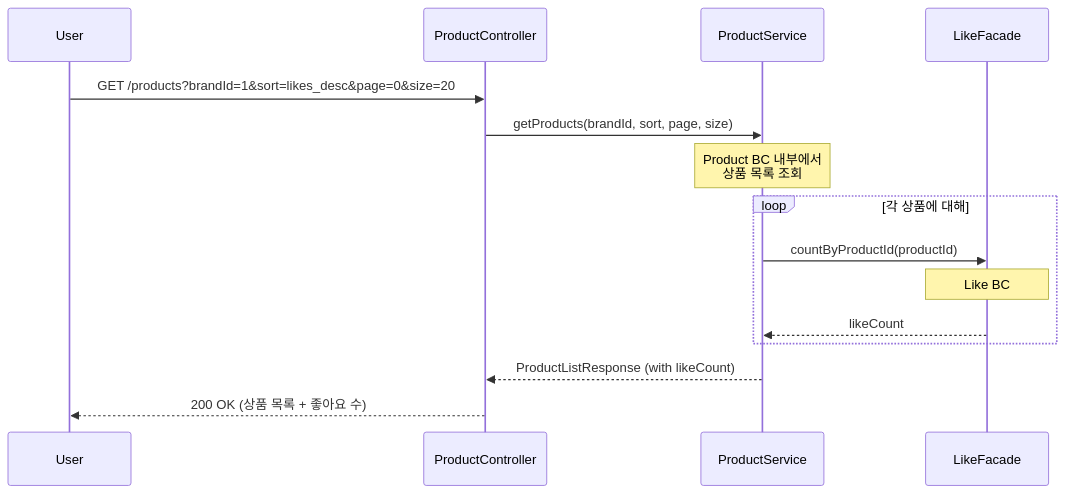
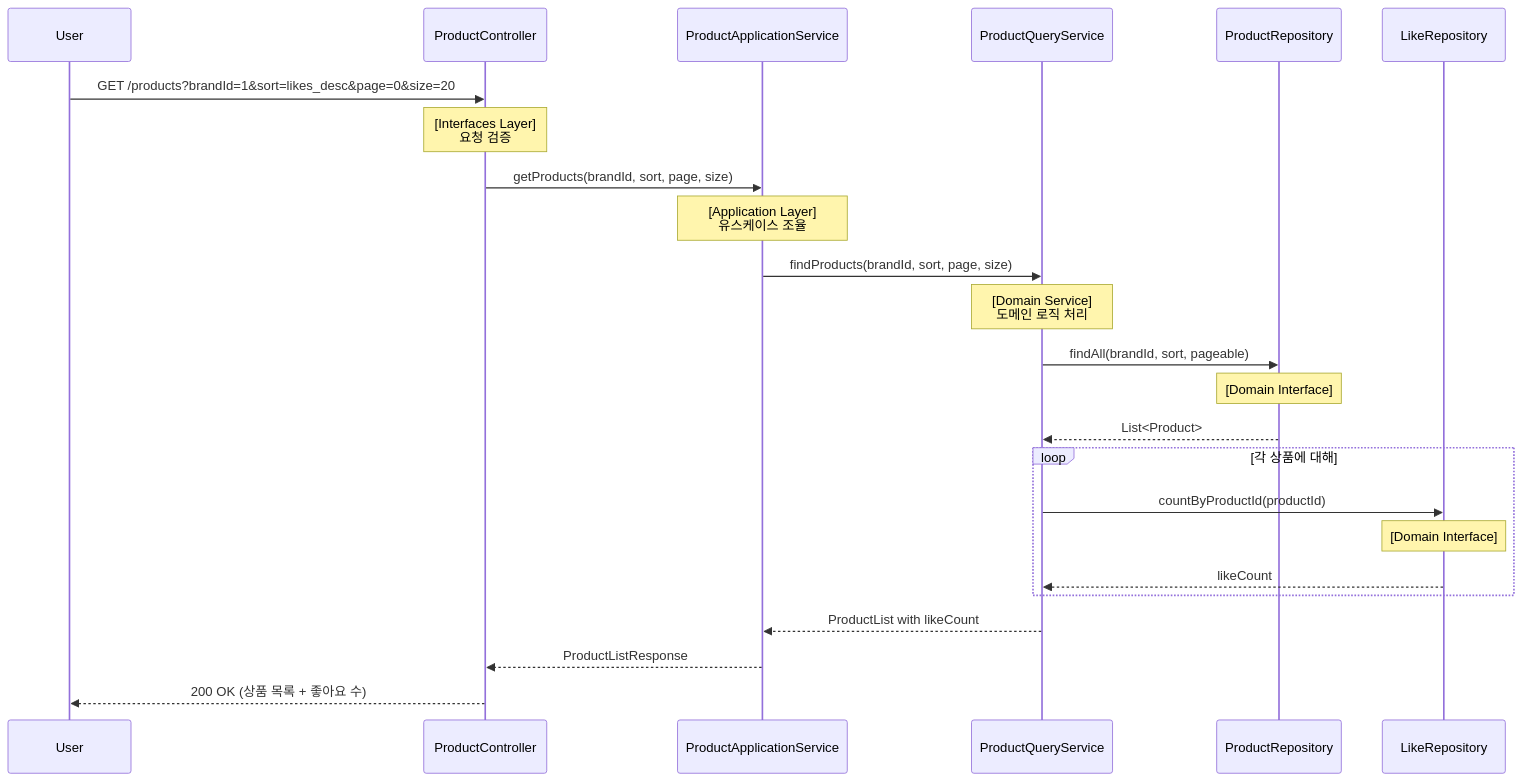
One commit to ghojeong/loopers-spring-kotlin-template changed the first of 5 diagrams in .docs/round2/2-sequence-diagrams.md. Above: the diagram before and after it, drawn with Mermaid. The commit also changed other lines of this file and 3 other files, not shown here.

````diff
--- a/.docs/round2/2-sequence-diagrams.md
+++ b/.docs/round2/2-sequence-diagrams.md
@@ -10,21 +26,32 @@
 ```mermaid
 sequenceDiagram
     participant User
     participant ProductController
-    participant ProductService
-    participant LikeFacade
+    participant ProductApplicationService
+    participant ProductQueryService
+    participant ProductRepository
+    participant LikeRepository
 
     User->>ProductController: GET /products?brandId=1&sort=likes_desc&page=0&size=20
-    ProductController->>ProductService: getProducts(brandId, sort, page, size)
+    Note over ProductController: [Interfaces Layer]<br/>요청 검증
 
-    Note over ProductService: Product BC 내부에서<br/>상품 목록 조회
+    ProductController->>ProductApplicationService: getProducts(brandId, sort, page, size)
+    Note over ProductApplicationService: [Application Layer]<br/>유스케이스 조율
+
+    ProductApplicationService->>ProductQueryService: findProducts(brandId, sort, page, size)
+    Note over ProductQueryService: [Domain Service]<br/>도메인 로직 처리
+
+    ProductQueryService->>ProductRepository: findAll(brandId, sort, pageable)
+    Note over ProductRepository: [Domain Interface]
+    ProductRepository-->>ProductQueryService: List<Product>
 
     loop 각 상품에 대해
-        ProductService->>LikeFacade: countByProductId(productId)
-        Note over LikeFacade: Like BC
-        LikeFacade-->>ProductService: likeCount
+        ProductQueryService->>LikeRepository: countByProductId(productId)
+        Note over LikeRepository: [Domain Interface]
+        LikeRepository-->>ProductQueryService: likeCount
     end
 
-    ProductService-->>ProductController: ProductListResponse (with likeCount)
+    ProductQueryService-->>ProductApplicationService: ProductList with likeCount
+    ProductApplicationService-->>ProductController: ProductListResponse
     ProductController-->>User: 200 OK (상품 목록 + 좋아요 수)
 ```
````
